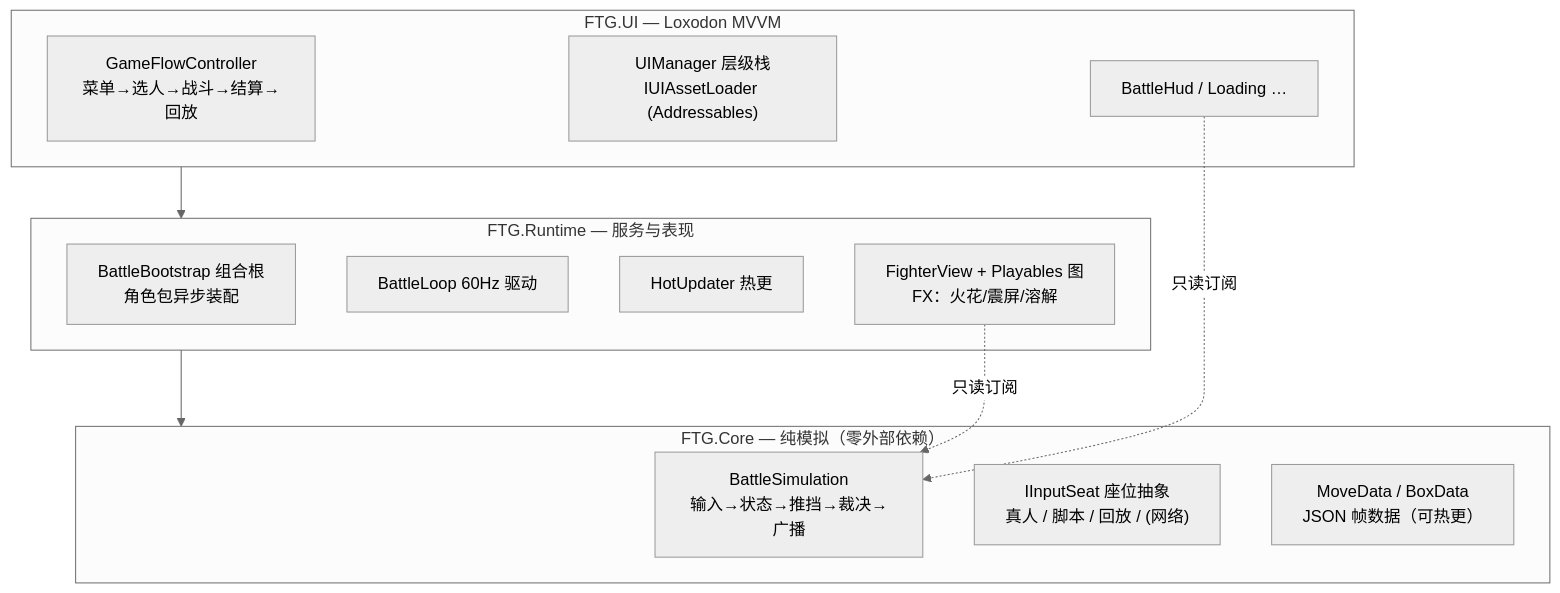
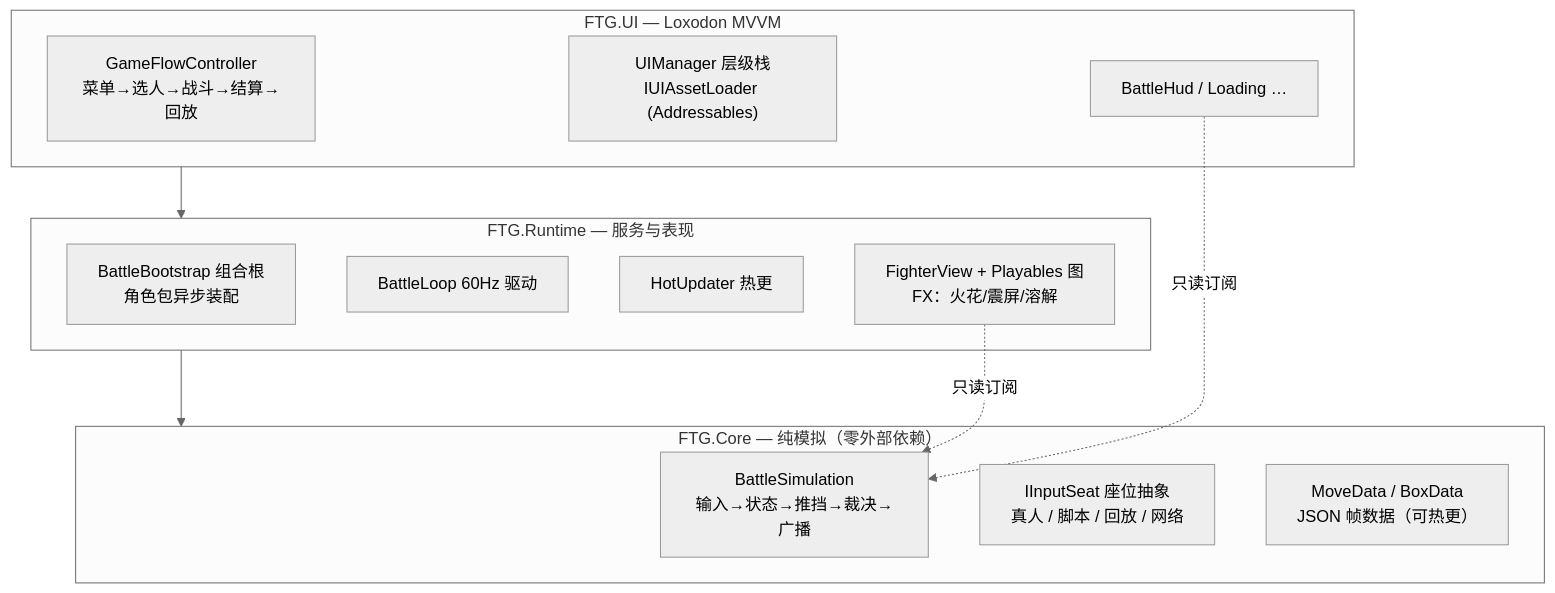
Before and after one commit to mimizmi/ftg-client-unity: the first of 2 diagrams in README.md, drawn with Mermaid (neutral theme). The commit also changed other lines of this file and 14 other files, not shown here.

````diff
--- a/README.md
+++ b/README.md
@@ -31,22 +32,22 @@
 ```mermaid
 flowchart TB
     subgraph UI["FTG.UI — Loxodon MVVM"]
         Flow["GameFlowController<br/>菜单→选人→战斗→结算→回放"]
         UIM["UIManager 层级栈<br/>IUIAssetLoader (Addressables)"]
         HUD["BattleHud / Loading …"]
     end
     subgraph RT["FTG.Runtime — 服务与表现"]
         Boot["BattleBootstrap 组合根<br/>角色包异步装配"]
         Loop["BattleLoop 60Hz 驱动"]
         HotU["HotUpdater 热更"]
         View["FighterView + Playables 图<br/>FX：火花/震屏/溶解"]
     end
     subgraph Core["FTG.Core — 纯模拟（零外部依赖）"]
         Sim["BattleSimulation<br/>输入→状态→推挡→裁决→广播"]
-        Input["IInputSeat 座位抽象<br/>真人 / 脚本 / 回放 / (网络)"]
+        Input["IInputSeat 座位抽象<br/>真人 / 脚本 / 回放 / 网络"]
         Data["MoveData / BoxData<br/>JSON 帧数据（可热更）"]
     end
     UI --> RT --> Core
     View -. 只读订阅 .-> Sim
     HUD -. 只读订阅 .-> Sim
 ```
````
